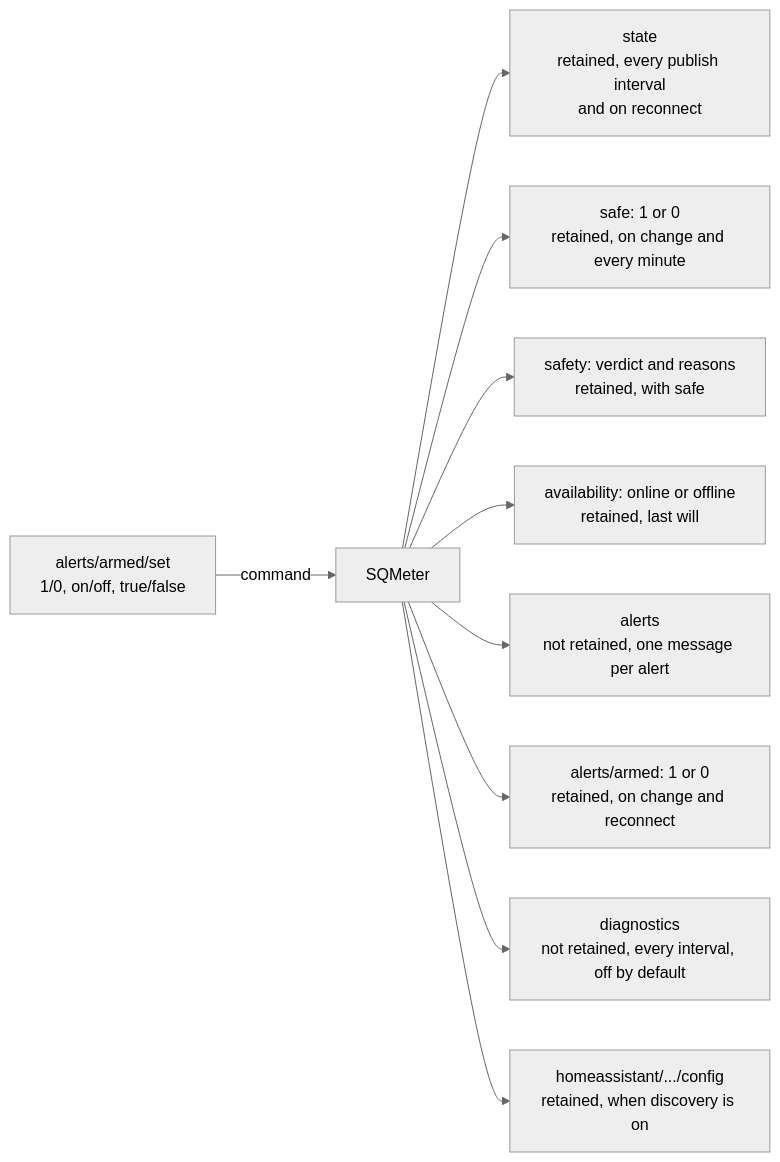
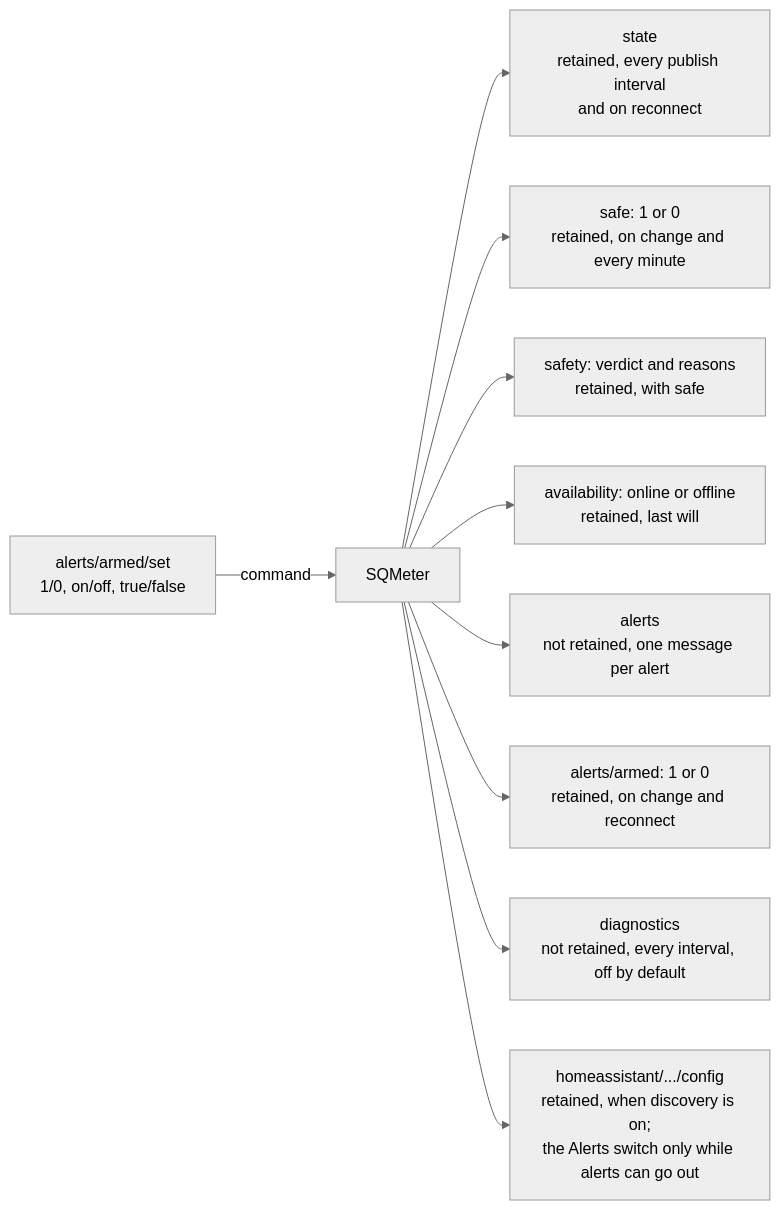
The diagram in docs/user-guide/mqtt.md (DeanJ87/SQMeter), drawn with Mermaid (neutral theme) before and after one commit. The commit also changed other lines of this file and 7 other files, not shown here.

Commit message:
docs(020): alert and MQTT diagrams show inactive channels and the conditional Alerts switch; reconfirm diagram fingerprints

````diff
--- a/docs/user-guide/mqtt.md
+++ b/docs/user-guide/mqtt.md
@@ -56,14 +56,14 @@
 ```mermaid
 flowchart LR
     accTitle: MQTT topic map
     accDescr: SQMeter listens on alerts/armed/set and publishes state, safe, safety, availability, alerts, alerts/armed and diagnostics under its base topic, plus Home Assistant discovery under the discovery prefix.
     SET["alerts/armed/set<br/>1/0, on/off, true/false"] -->|command| D["SQMeter"]
     D --> STATE["state<br/>retained, every publish interval<br/>and on reconnect"]
     D --> SAFE["safe: 1 or 0<br/>retained, on change and every minute"]
     D --> SAFETY["safety: verdict and reasons<br/>retained, with safe"]
     D --> AVAIL["availability: online or offline<br/>retained, last will"]
     D --> ALERTS["alerts<br/>not retained, one message per alert"]
     D --> ARMED["alerts/armed: 1 or 0<br/>retained, on change and reconnect"]
     D --> DIAG["diagnostics<br/>not retained, every interval, off by default"]
-    D --> DISC["homeassistant/.../config<br/>retained, when discovery is on"]
+    D --> DISC["homeassistant/.../config<br/>retained, when discovery is on;<br/>the Alerts switch only while alerts can go out"]
 ```
````
